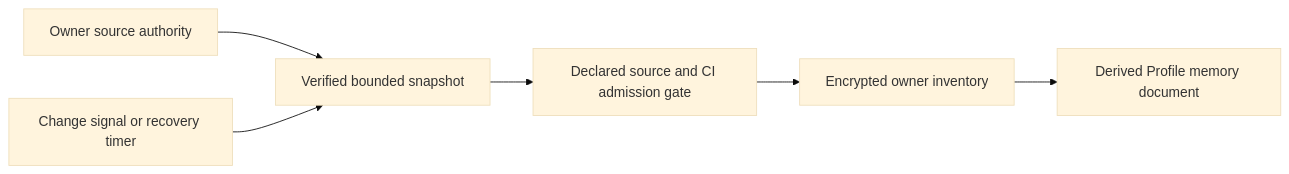
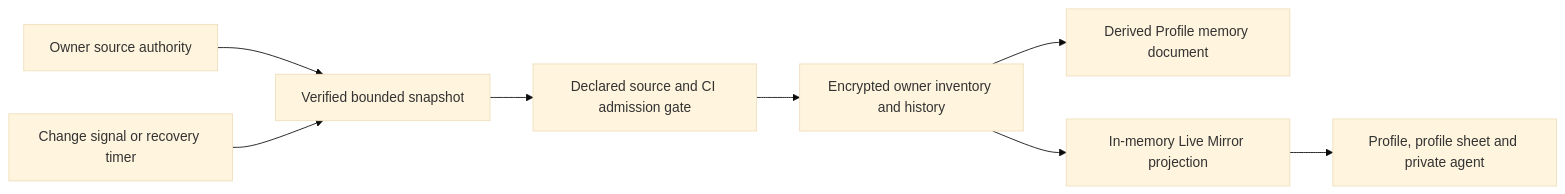
One commit to hushh-labs/hushh-research changed the diagram in docs/reference/architecture/live-memory-source-contract.md. Above: the diagram before and after it, drawn with Mermaid (base theme). The commit also changed other lines of this file and 3 other files, not shown here.

````diff
--- a/docs/reference/architecture/live-memory-source-contract.md
+++ b/docs/reference/architecture/live-memory-source-contract.md
@@ -12,8 +16,10 @@
 ```mermaid
 flowchart LR
   Authority[Owner source authority] --> Snapshot[Verified bounded snapshot]
   Signal[Change signal or recovery timer] --> Snapshot
   Snapshot --> Admission[Declared source and CI admission gate]
-  Admission --> Inventory[Encrypted owner inventory]
+  Admission --> Inventory[Encrypted owner inventory and history]
   Inventory --> Document[Derived Profile memory document]
+  Inventory --> Mirror[In-memory Live Mirror projection]
+  Mirror --> Surfaces[Profile, profile sheet and private agent]
 ```
````
